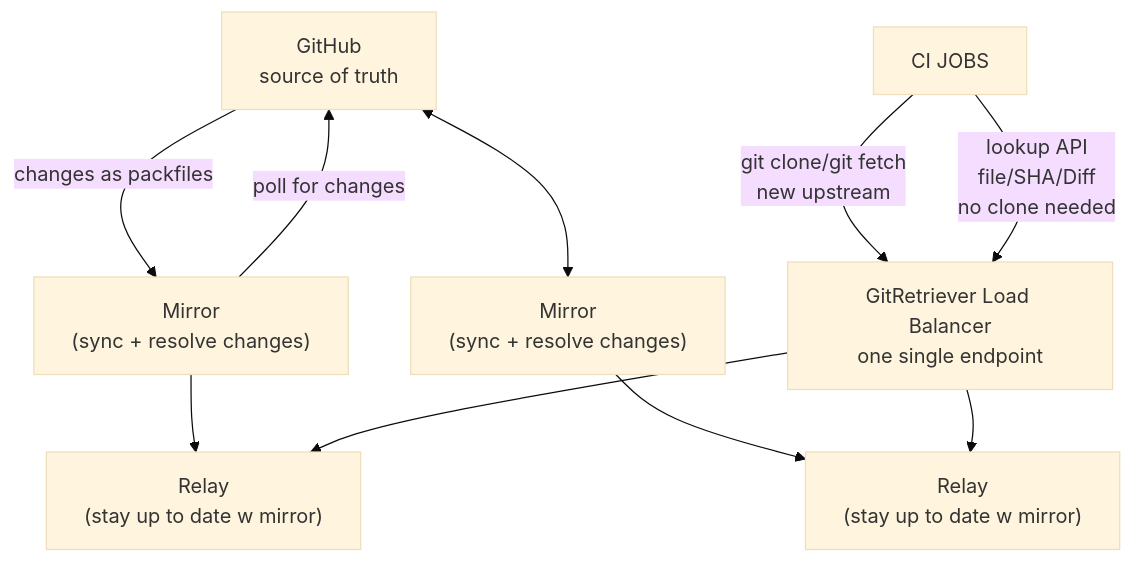
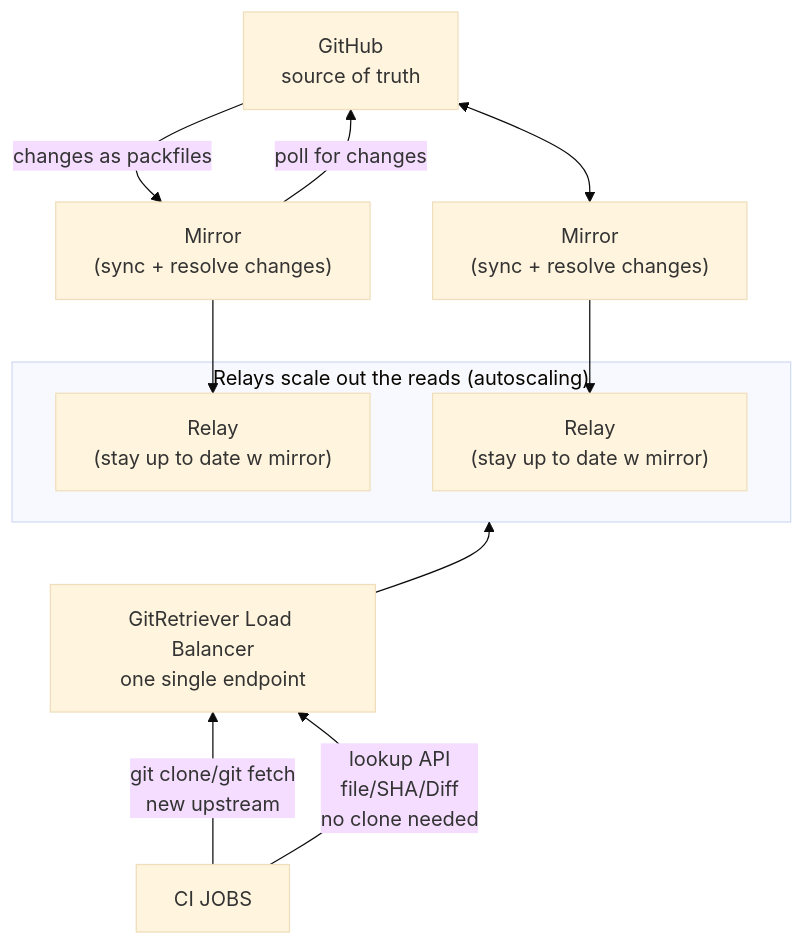
One commit to wiggitywhitney/board-notes changed the second of 3 diagrams in datadog-illuminated/12-rebuilding-cis-git-serving-for-the-ai-coding-era/notes.md. Above: the diagram before and after it, drawn with Mermaid (base theme). The commit also changed other lines of this file, not shown here.

Commit message:
fix: make GitRetriever architecture diagram read top to bottom

````diff
--- a/datadog-illuminated/12-rebuilding-cis-git-serving-for-the-ai-coding-era/notes.md
+++ b/datadog-illuminated/12-rebuilding-cis-git-serving-for-the-ai-coding-era/notes.md
@@ -34,20 +34,23 @@
 ```mermaid
 flowchart TB
     GitHub["GitHub<br/>source of truth"]
     Mirror1["Mirror<br/>(sync + resolve changes)"]
     Mirror2["Mirror<br/>(sync + resolve changes)"]
-    Relay1["Relay<br/>(stay up to date w mirror)"]
-    Relay2["Relay<br/>(stay up to date w mirror)"]
+    subgraph Relays["Relays scale out the reads (autoscaling)"]
+        Relay1["Relay<br/>(stay up to date w mirror)"]
+        Relay2["Relay<br/>(stay up to date w mirror)"]
+    end
     LB["GitRetriever Load Balancer<br/>one single endpoint"]
     CI["CI JOBS"]
 
+    GitHub -- changes as packfiles --> Mirror1
     Mirror1 -- poll for changes --> GitHub
-    GitHub -- changes as packfiles --> Mirror1
     GitHub <--> Mirror2
     Mirror1 --> Relay1
     Mirror2 --> Relay2
+    Relays ~~~ LB
+    LB ~~~ CI
+    LB --> Relays
     CI -- "git clone/git fetch<br/>new upstream" --> LB
     CI -- "lookup API<br/>file/SHA/Diff<br/>no clone needed" --> LB
-    LB --> Relay1
-    LB --> Relay2
 ```
````
